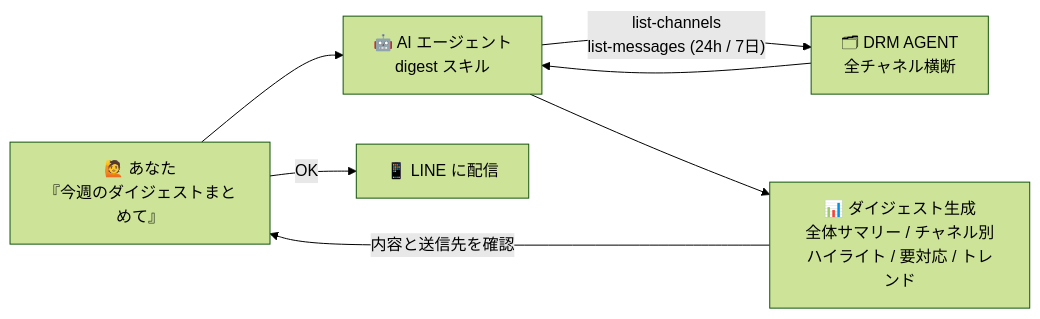
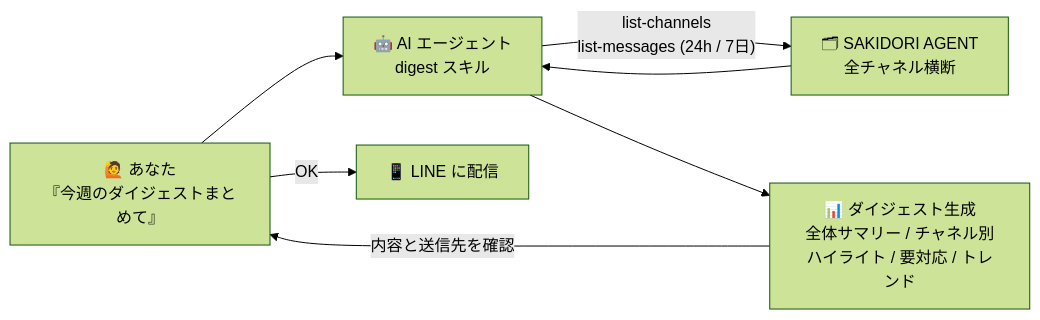
One commit to line-ec-lea/drm-agent-skills changed the fourth of 4 diagrams in examples/skill-flows.md. Above: the diagram before and after it, drawn with Mermaid (forest theme). The commit also changed other lines of this file and 11 other files, not shown here.

First line of the commit message:
docs: サービス名を SAKIDORI AGENT に変更する

````diff
--- a/examples/skill-flows.md
+++ b/examples/skill-flows.md
@@ -127,9 +127,9 @@
 ```mermaid
 flowchart LR
     U["🙋 あなた<br/>『今週のダイジェストまとめて』"] --> B["🤖 AI エージェント<br/>digest スキル"]
-    B -- "list-channels<br/>list-messages (24h / 7日)" --> D["🗂 DRM AGENT<br/>全チャネル横断"]
+    B -- "list-channels<br/>list-messages (24h / 7日)" --> D["🗂 SAKIDORI AGENT<br/>全チャネル横断"]
     D --> B
     B --> E["📊 ダイジェスト生成<br/>全体サマリー / チャネル別<br/>ハイライト / 要対応 / トレンド"]
     E -- "内容と送信先を確認" --> U
     U -- "OK" --> F["📱 LINE に配信"]
 ```
````
